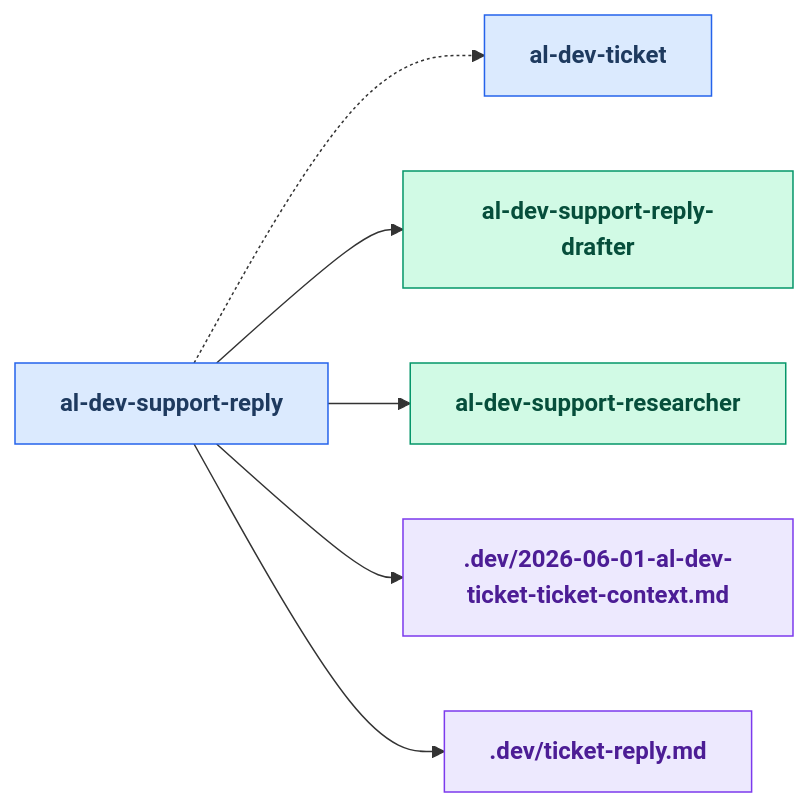
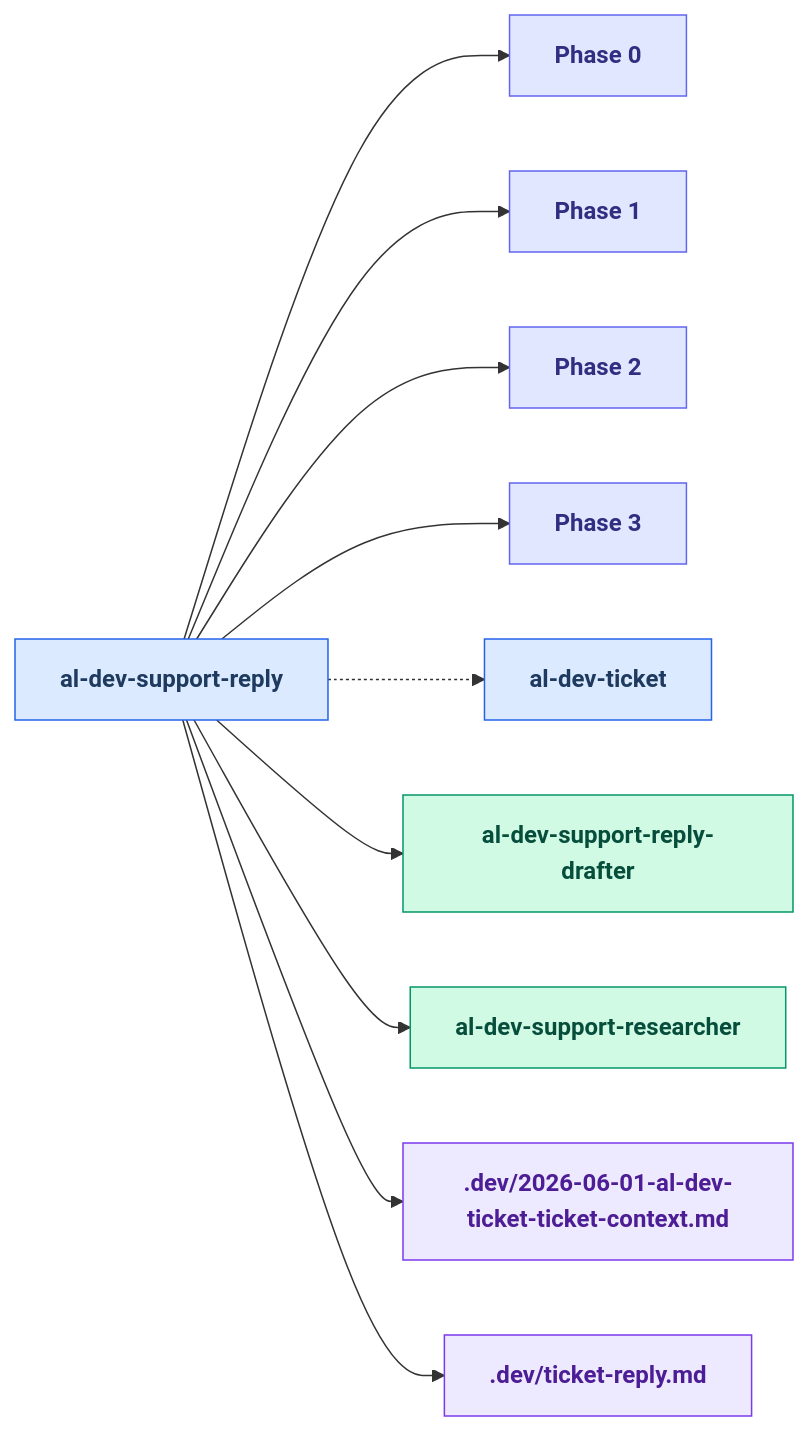
Before and after one commit to russell-laing/al-dev-shared: the third of 25 diagrams in docs/al-dev-skills-map.md, drawn with Mermaid. The commit also changed other lines of this file and 1 other file, not shown here.

First line of the commit message:
feat: generate Phase<N> nodes in skill drilldown diagrams

````diff
--- a/docs/al-dev-skills-map.md
+++ b/docs/al-dev-skills-map.md
@@ -138,27 +148,40 @@
 ```mermaid
 flowchart LR
     classDef skillNode fill:#dbeafe,stroke:#2563eb,color:#1e3a5f,font-weight:bold
     classDef agentNode fill:#d1fae5,stroke:#059669,color:#064e3b,font-weight:bold
     classDef knowledgeNode fill:#fef3c7,stroke:#d97706,color:#78350f,font-weight:bold
     classDef artifactNode fill:#ede9fe,stroke:#7c3aed,color:#4c1d95,font-weight:bold
+    classDef phaseNode fill:#e0e7ff,stroke:#6366f1,color:#312e81,font-weight:bold
 
     skill_al_dev_support_reply[al-dev-support-reply]
+    Phase0["Phase 0"]
+    Phase1["Phase 1"]
+    Phase2["Phase 2"]
+    Phase3["Phase 3"]
     skill_al_dev_ticket[al-dev-ticket]
     agent_al_dev_support_reply_drafter[al-dev-support-reply-drafter]
     agent_al_dev_support_researcher[al-dev-support-researcher]
     artifact_2026_06_01_al_dev_ticket_ticket_context_md[.dev/2026-06-01-al-dev-ticket-ticket-context.md]
     artifact_ticket_reply_md[.dev/ticket-reply.md]
 
+    skill_al_dev_support_reply --> Phase0
+    skill_al_dev_support_reply --> Phase1
+    skill_al_dev_support_reply --> Phase2
+    skill_al_dev_support_reply --> Phase3
     skill_al_dev_support_reply -.-> skill_al_dev_ticket
     skill_al_dev_support_reply --> agent_al_dev_support_reply_drafter
     skill_al_dev_support_reply --> agent_al_dev_support_researcher
     skill_al_dev_support_reply --> artifact_2026_06_01_al_dev_ticket_ticket_context_md
     skill_al_dev_support_reply --> artifact_ticket_reply_md
 
     class skill_al_dev_support_reply skillNode
+    class Phase0 phaseNode
+    class Phase1 phaseNode
+    class Phase2 phaseNode
+    class Phase3 phaseNode
     class skill_al_dev_ticket skillNode
     class agent_al_dev_support_reply_drafter agentNode
     class agent_al_dev_support_researcher agentNode
     class artifact_2026_06_01_al_dev_ticket_ticket_context_md artifactNode
     class artifact_ticket_reply_md artifactNode
 ```
````
